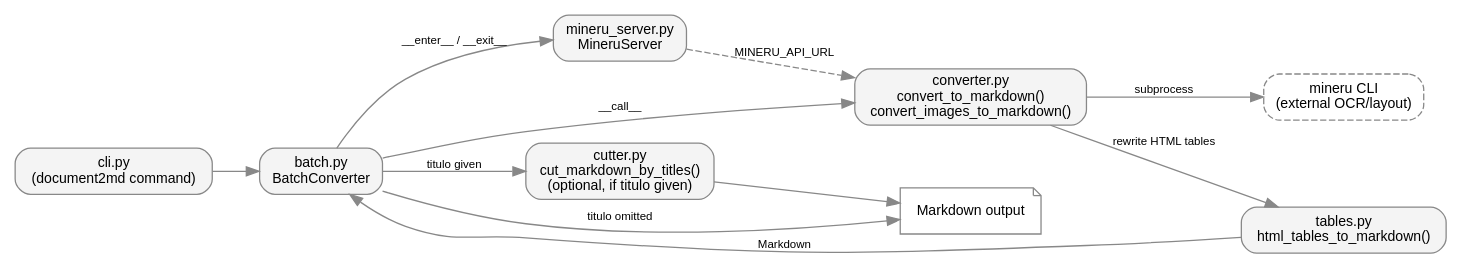
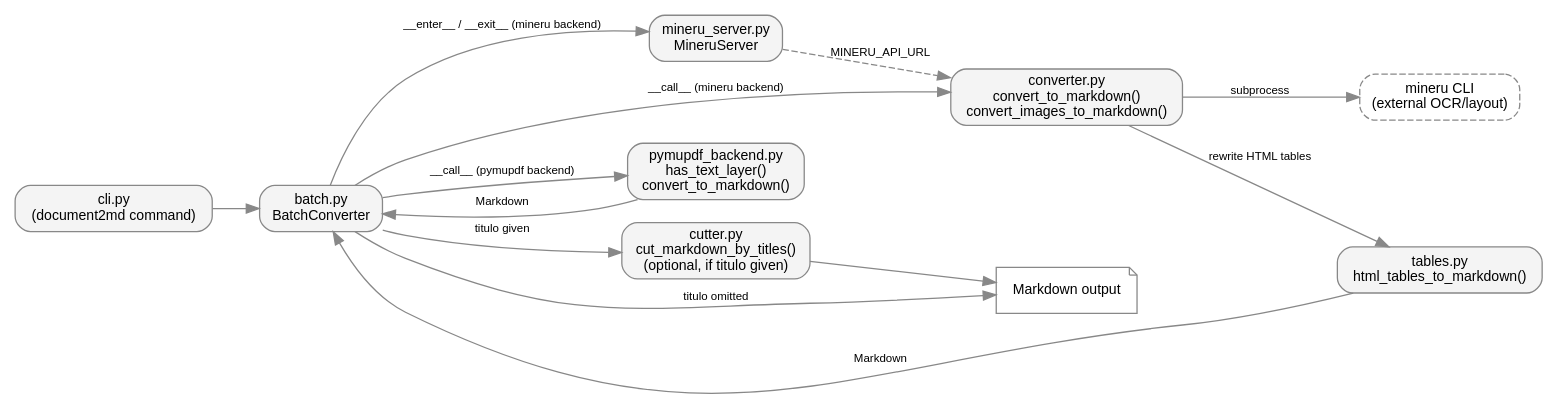
Before and after one commit to INGEOTEC/document2md: the diagram in docs/source/index.rst, drawn with Graphviz. The commit also changed other lines of this file and 10 other files, not shown here.

First line of the commit message:
Add a pymupdf backend for PDFs with an embedded text layer (issue #3)

```diff
--- a/docs/source/index.rst
+++ b/docs/source/index.rst
@@ -52,30 +61,33 @@
 .. graphviz::
    :alt: document2md's conversion pipeline, from entry points to Markdown output.
 
    digraph document2md_flow {
        rankdir=LR;
        fontname="sans-serif";
        node [fontname="sans-serif", fontsize=11, shape=box, style="rounded,filled",
              fillcolor="#f4f4f4", color="#888888"];
        edge [fontname="sans-serif", fontsize=9, color="#888888"];
 
        cli [label="cli.py\n(document2md command)"];
        batch [label="batch.py\nBatchConverter"];
        server [label="mineru_server.py\nMineruServer"];
        mineru [label="mineru CLI\n(external OCR/layout)", style="rounded,dashed", fillcolor="#ffffff"];
        converter [label="converter.py\nconvert_to_markdown()\nconvert_images_to_markdown()"];
+       pymupdf_backend [label="pymupdf_backend.py\nhas_text_layer()\nconvert_to_markdown()"];
        tables [label="tables.py\nhtml_tables_to_markdown()"];
        cutter [label="cutter.py\ncut_markdown_by_titles()\n(optional, if titulo given)"];
        output [label="Markdown output", shape=note, style=filled, fillcolor="#ffffff"];
 
        cli -> batch;
-       batch -> server [label="__enter__ / __exit__"];
+       batch -> server [label="__enter__ / __exit__ (mineru backend)"];
        server -> converter [label="MINERU_API_URL", style=dashed];
-       batch -> converter [label="__call__"];
+       batch -> converter [label="__call__ (mineru backend)"];
+       batch -> pymupdf_backend [label="__call__ (pymupdf backend)"];
        converter -> mineru [label="subprocess"];
        converter -> tables [label="rewrite HTML tables"];
        tables -> batch [label="Markdown"];
+       pymupdf_backend -> batch [label="Markdown"];
        batch -> cutter [label="titulo given"];
        cutter -> output;
        batch -> output [label="titulo omitted"];
    }
```
